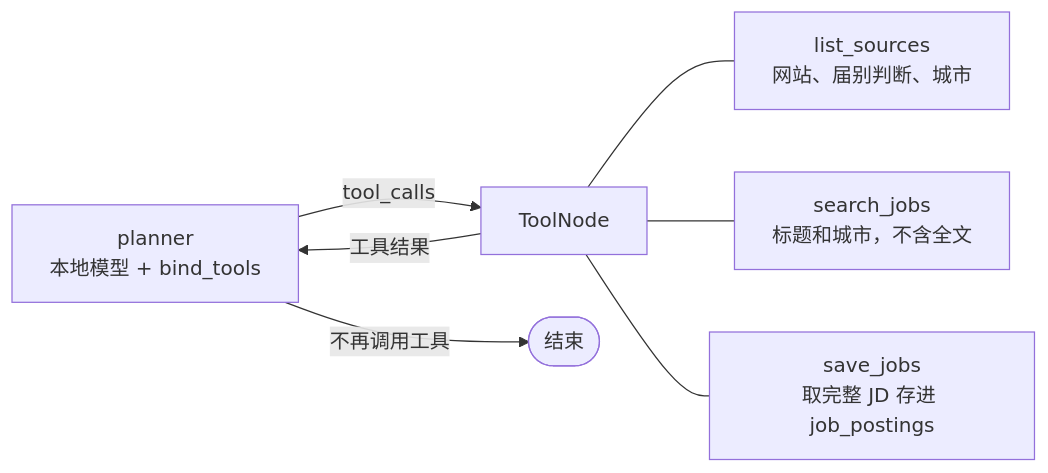
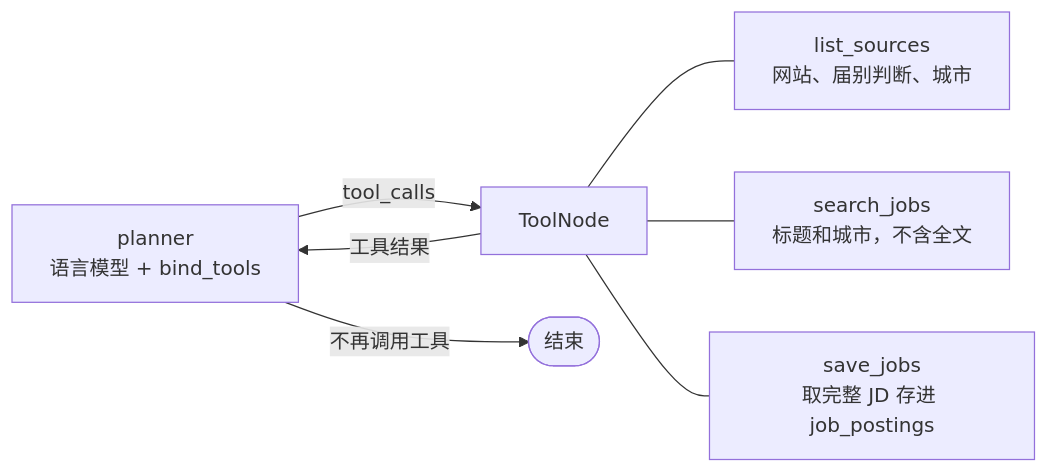
One commit to Maxwell2048/cn-job-agent changed the first of 3 diagrams in README.md. Above: the diagram before and after it, drawn with Mermaid. The commit also changed other lines of this file and 8 other files, not shown here.

````diff
--- a/README.md
+++ b/README.md
@@ -9,9 +9,9 @@
 ```mermaid
 flowchart LR
-    P[planner<br/>本地模型 + bind_tools] -- tool_calls --> T[ToolNode]
+    P[planner<br/>语言模型 + bind_tools] -- tool_calls --> T[ToolNode]
     T -- 工具结果 --> P
     P -- 不再调用工具 --> E([结束])
     T --- L[list_sources<br/>网站、届别判断、城市]
     T --- S[search_jobs<br/>标题和城市，不含全文]
     T --- V[save_jobs<br/>取完整 JD 存进 job_postings]
 ```
````
